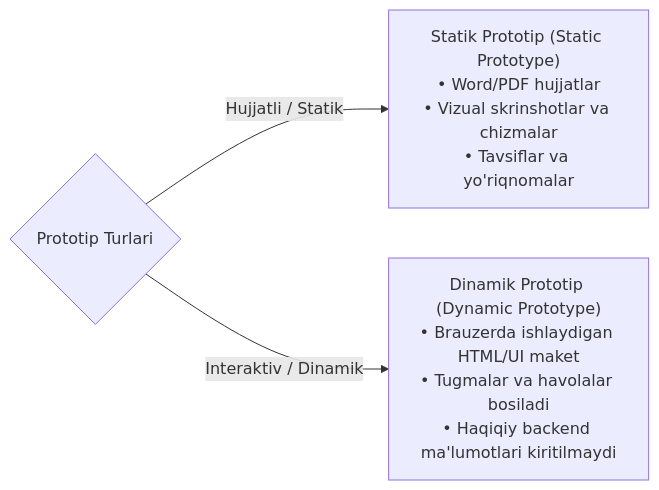
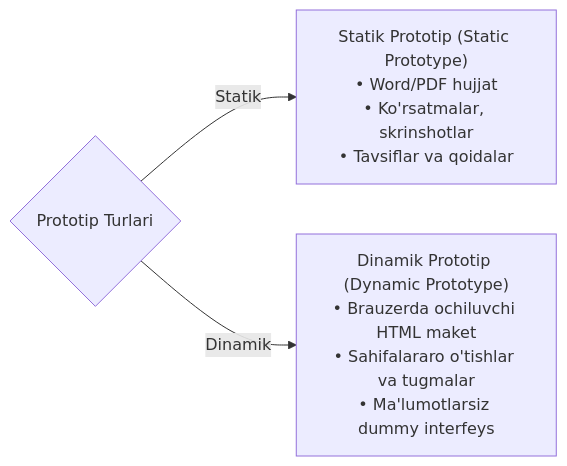
One commit to Ergashov15/qa-uzbekistan changed the second of 2 diagrams in app/docs/sdlc-models/prototype-model/page.mdx. Above: the diagram before and after it, drawn with Mermaid. The commit also changed other lines of this file and 2 other files, not shown here.

Commit message:
feat: rewrite Prototype Model in Software Testing in Uzbek

````diff
--- a/app/docs/sdlc-models/prototype-model/page.mdx
+++ b/app/docs/sdlc-models/prototype-model/page.mdx
@@ -64,6 +67,6 @@
 ```mermaid
 graph LR
     P{"Prototip Turlari"}
-    P -->|"Hujjatli / Statik"| S["Statik Prototip (Static Prototype)<br/>• Word/PDF hujjatlar<br/>• Vizual skrinshotlar va chizmalar<br/>• Tavsiflar va yo'riqnomalar"]
-    P -->|"Interaktiv / Dinamik"| D["Dinamik Prototip (Dynamic Prototype)<br/>• Brauzerda ishlaydigan HTML/UI maket<br/>• Tugmalar va havolalar bosiladi<br/>• Haqiqiy backend ma'lumotlari kiritilmaydi"]
+    P -->|"Statik"| S["Statik Prototip (Static Prototype)<br/>• Word/PDF hujjat<br/>• Ko'rsatmalar, skrinshotlar<br/>• Tavsiflar va qoidalar"]
+    P -->|"Dinamik"| D["Dinamik Prototip (Dynamic Prototype)<br/>• Brauzerda ochiluvchi HTML maket<br/>• Sahifalararo o'tishlar va tugmalar<br/>• Ma'lumotlarsiz dummy interfeys"]
 ```
````
